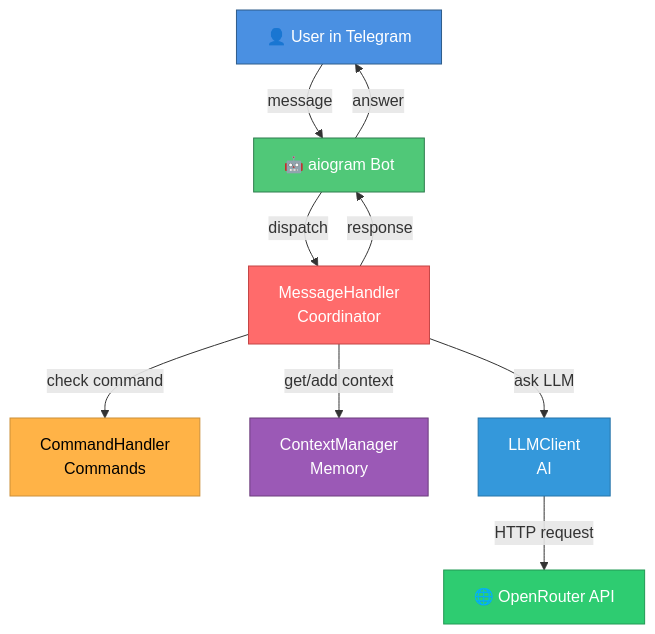
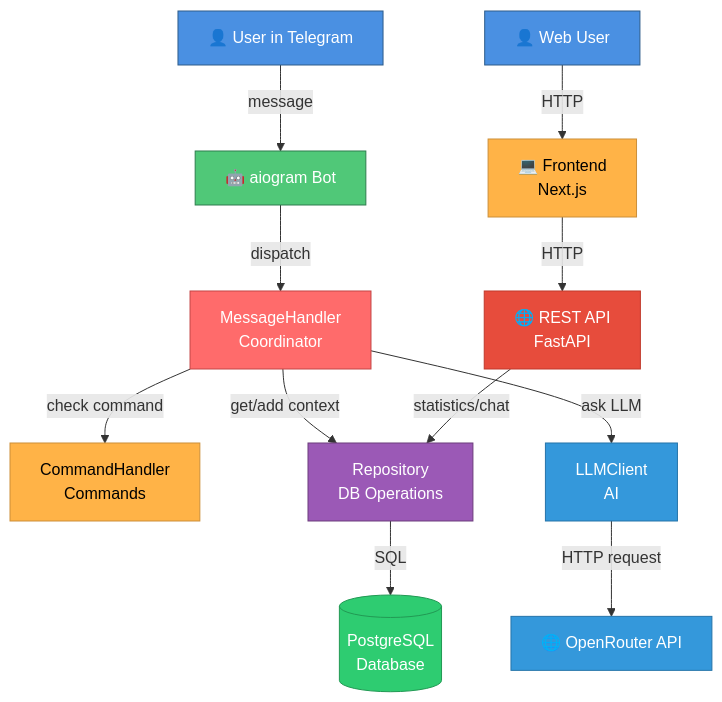
Before and after one commit to aidialogs/systech-aidd-live: the first of 4 diagrams in doc/guides/02-architecture.md, drawn with Mermaid. The commit also changed other lines of this file and 5 other files, not shown here.

First line of the commit message:
feat: Integrate PostgreSQL and REST API, enhance docs

````diff
--- a/doc/guides/02-architecture.md
+++ b/doc/guides/02-architecture.md
@@ -11,27 +11,37 @@
 ```mermaid
 graph TB
     User[👤 User in Telegram]
+    WebUser[👤 Web User]
     Bot[🤖 aiogram Bot]
     MH[MessageHandler<br/>Coordinator]
     CH[CommandHandler<br/>Commands]
-    CM[ContextManager<br/>Memory]
+    Repo[Repository<br/>DB Operations]
     LLM[LLMClient<br/>AI]
-    API[🌐 OpenRouter API]
+    API[🌐 REST API<br/>FastAPI]
+    Frontend[💻 Frontend<br/>Next.js]
+    DB[(PostgreSQL<br/>Database)]
+    ExtAPI[🌐 OpenRouter API]
     
     User -->|message| Bot
+    WebUser -->|HTTP| Frontend
+    Frontend -->|HTTP| API
     Bot -->|dispatch| MH
     MH -->|check command| CH
-    MH -->|get/add context| CM
+    MH -->|get/add context| Repo
     MH -->|ask LLM| LLM
-    LLM -->|HTTP request| API
-    MH -->|response| Bot
-    Bot -->|answer| User
+    LLM -->|HTTP request| ExtAPI
+    Repo -->|SQL| DB
+    API -->|statistics/chat| Repo
     
     style User fill:#4A90E2,stroke:#2E5C8A,color:#FFF
+    style WebUser fill:#4A90E2,stroke:#2E5C8A,color:#FFF
     style Bot fill:#50C878,stroke:#2E7D4E,color:#FFF
     style MH fill:#FF6B6B,stroke:#C44545,color:#FFF
     style CH fill:#FFB347,stroke:#CC8F39,color:#000
-    style CM fill:#9B59B6,stroke:#6C3D7C,color:#FFF
+    style Repo fill:#9B59B6,stroke:#6C3D7C,color:#FFF
     style LLM fill:#3498DB,stroke:#2574A9,color:#FFF
-    style API fill:#2ECC71,stroke:#229954,color:#FFF
+    style API fill:#E74C3C,stroke:#C0392B,color:#FFF
+    style Frontend fill:#FFB347,stroke:#CC8F39,color:#000
+    style DB fill:#2ECC71,stroke:#229954,color:#FFF
+    style ExtAPI fill:#3498DB,stroke:#2574A9,color:#FFF
 ```
````
